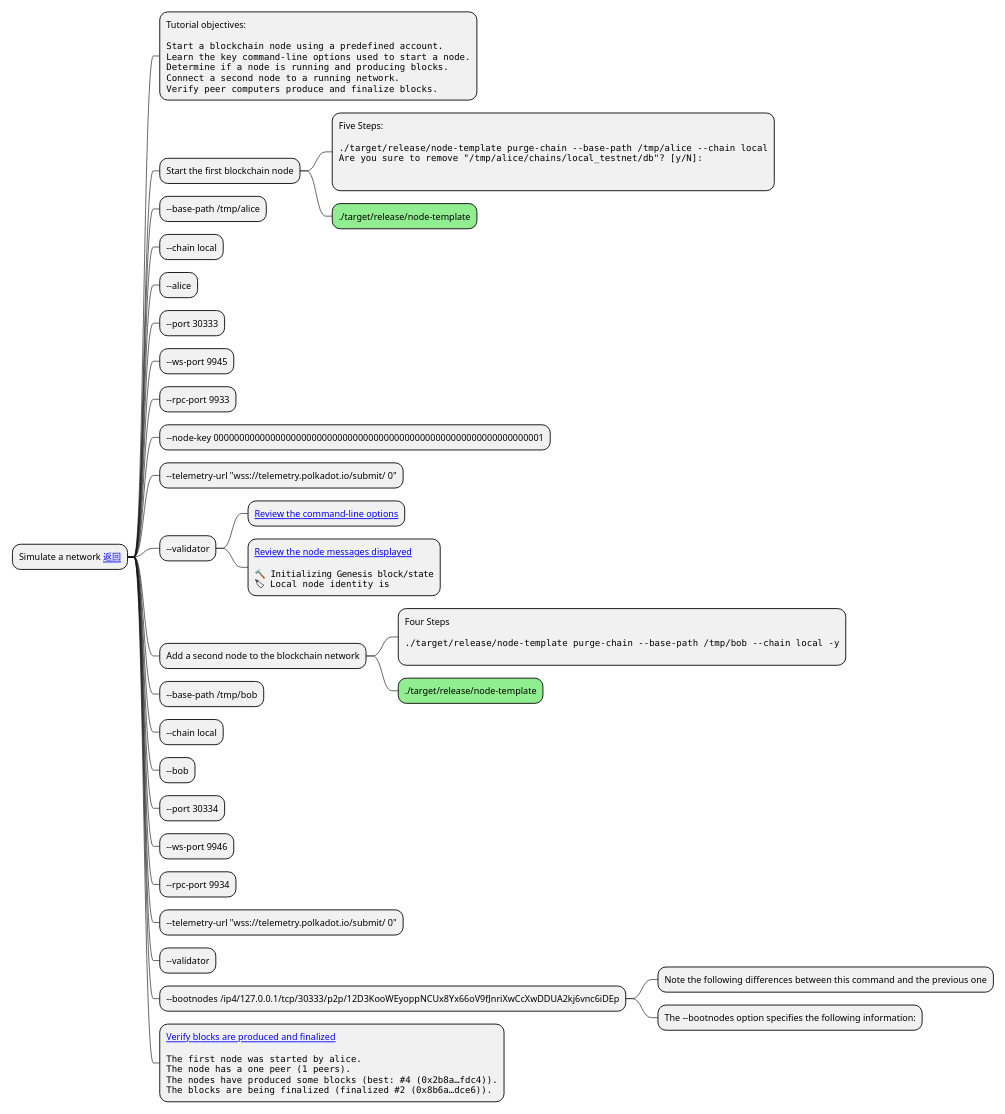
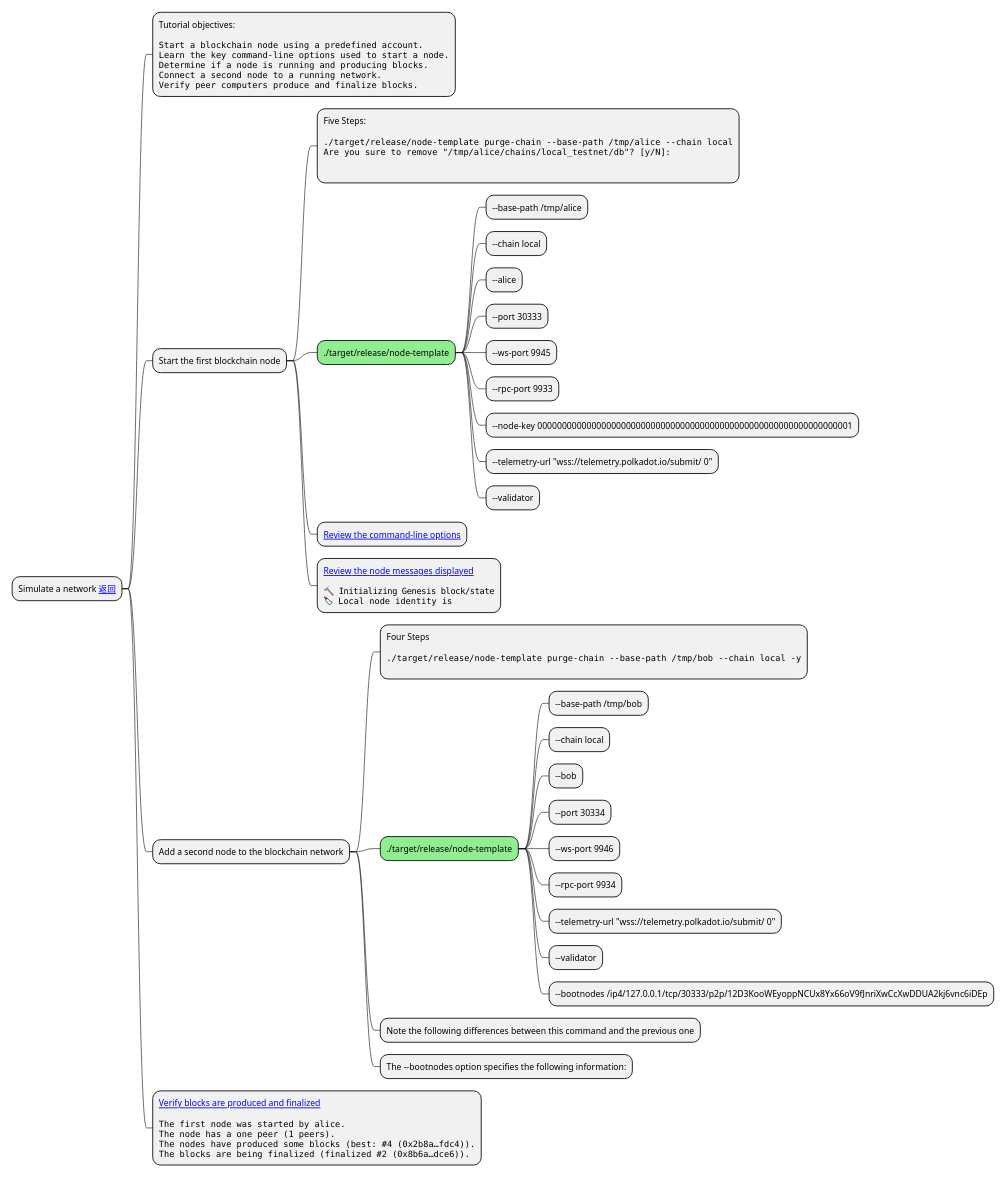
Before and after one commit to KuanHsiaoKuo/programming_anatomy_in_rust: the diagram in materials/plantumls/substrate_tutorials/get-started/simulate-a-network.puml, drawn with PlantUML. The commit also changed 2 other files, not shown here.

```diff
--- a/materials/plantumls/substrate_tutorials/get-started/simulate-a-network.puml
+++ b/materials/plantumls/substrate_tutorials/get-started/simulate-a-network.puml
@@ -1,66 +1,66 @@
 @startmindmap
 scale 850 width
 * Simulate a network [[#总览 返回]]
 **:Tutorial objectives:
 <code>
 
 Start a blockchain node using a predefined account.
 Learn the key command-line options used to start a node.
 Determine if a node is running and producing blocks.
 Connect a second node to a running network.
 Verify peer computers produce and finalize blocks.
 </code>;
 ** Start the first blockchain node
 ***:Five Steps:
 <code>
 
 ./target/release/node-template purge-chain --base-path /tmp/alice --chain local
 Are you sure to remove "/tmp/alice/chains/local_testnet/db"? [y/N]:
 
 
 </code>;
 ***[#lightgreen] ./target/release/node-template
-** --base-path /tmp/alice
-** --chain local
-** --alice
-** --port 30333
-** --ws-port 9945
-** --rpc-port 9933
-** --node-key 0000000000000000000000000000000000000000000000000000000000000001
-** --telemetry-url "wss://telemetry.polkadot.io/submit/ 0"
-** --validator
+**** --base-path /tmp/alice
+**** --chain local
+**** --alice
+**** --port 30333
+**** --ws-port 9945
+**** --rpc-port 9933
+**** --node-key 0000000000000000000000000000000000000000000000000000000000000001
+**** --telemetry-url "wss://telemetry.polkadot.io/submit/ 0"
+**** --validator
 *** [[https://docs.substrate.io/tutorials/get-started/simulate-network/#review-the-command-line-options{点击查看} Review the command-line options]]
 ***:[[https://docs.substrate.io/tutorials/get-started/simulate-network/#review-the-node-messages-displayed{点击查看} Review the node messages displayed]]
 <code>
 
 🔨 Initializing Genesis block/state
 🏷 Local node identity is
 </code>;
 ** Add a second node to the blockchain network
 ***:Four Steps
 <code>
 
 ./target/release/node-template purge-chain --base-path /tmp/bob --chain local -y
 
 </code>;
 ***[#lightgreen] ./target/release/node-template
-** --base-path /tmp/bob
-** --chain local
-** --bob
-** --port 30334
-** --ws-port 9946
-** --rpc-port 9934
-** --telemetry-url "wss://telemetry.polkadot.io/submit/ 0"
-** --validator
-** --bootnodes /ip4/127.0.0.1/tcp/30333/p2p/12D3KooWEyoppNCUx8Yx66oV9fJnriXwCcXwDDUA2kj6vnc6iDEp
+**** --base-path /tmp/bob
+**** --chain local
+**** --bob
+**** --port 30334
+**** --ws-port 9946
+**** --rpc-port 9934
+**** --telemetry-url "wss://telemetry.polkadot.io/submit/ 0"
+**** --validator
+**** --bootnodes /ip4/127.0.0.1/tcp/30333/p2p/12D3KooWEyoppNCUx8Yx66oV9fJnriXwCcXwDDUA2kj6vnc6iDEp
 *** Note the following differences between this command and the previous one
 *** The --bootnodes option specifies the following information:
 **:[[https://docs.substrate.io/tutorials/get-started/simulate-network/#verify-blocks-are-produced-and-finalized Verify blocks are produced and finalized]]
 <code>
 
 The first node was started by alice.
 The node has a one peer (1 peers).
 The nodes have produced some blocks (best: #4 (0x2b8a…fdc4)).
 The blocks are being finalized (finalized #2 (0x8b6a…dce6)).
 </code>;
 @endmindmap
```
